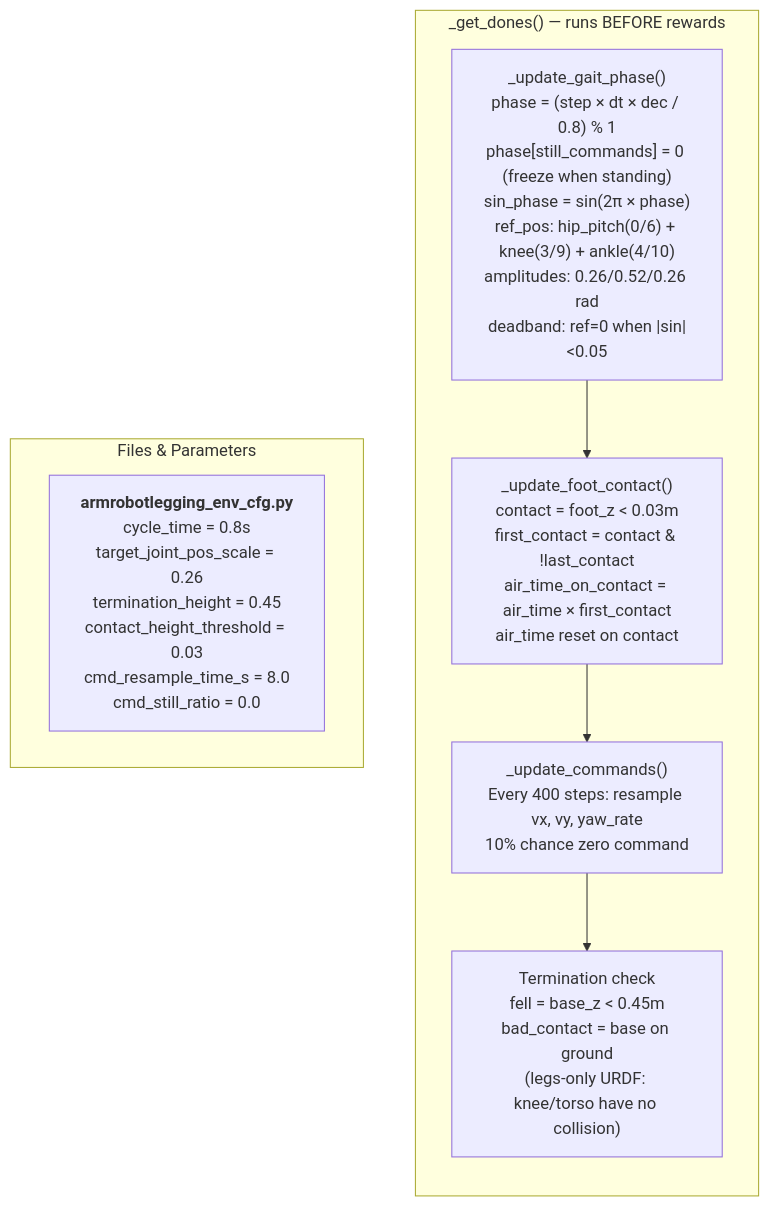
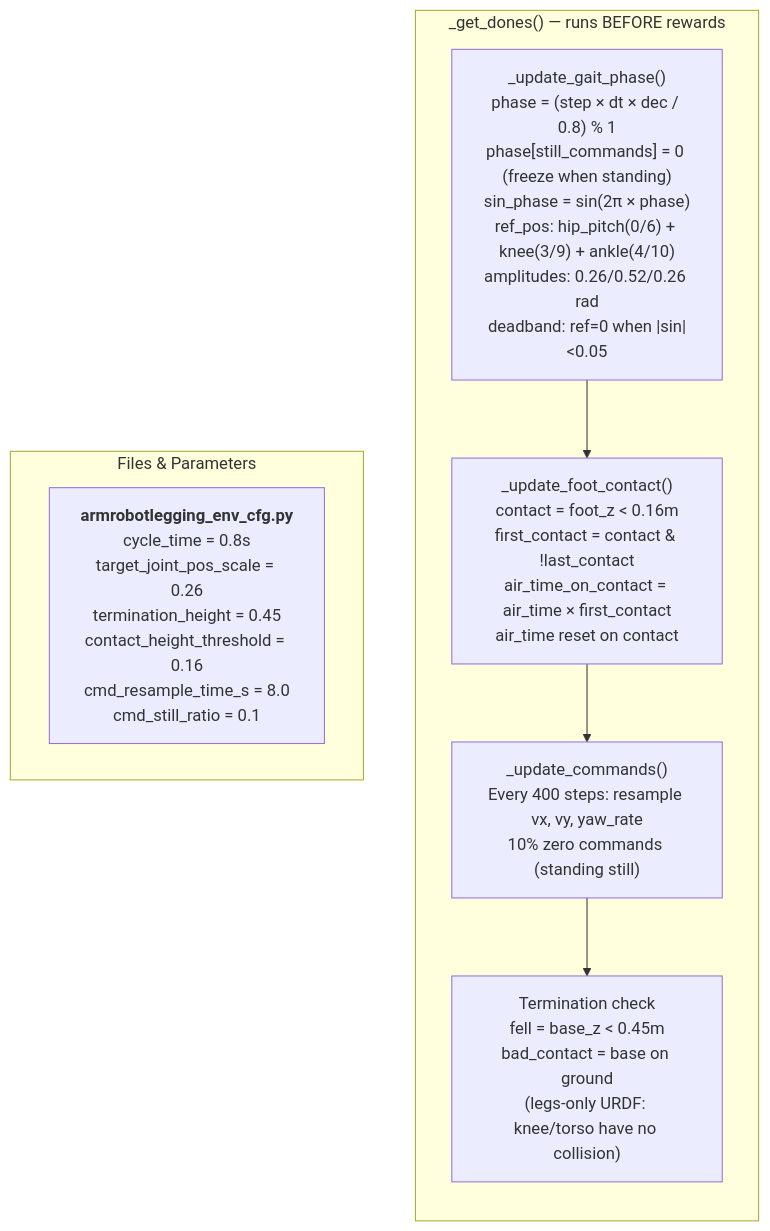
Before and after one commit to armmarov/armrobot: the fourth of 8 diagrams in docs/TRAINING_FLOW.md, drawn with Mermaid. The commit also changed other lines of this file and 3 other files, not shown here.

````diff
--- a/docs/TRAINING_FLOW.md
+++ b/docs/TRAINING_FLOW.md
@@ -94,15 +94,15 @@
 ```mermaid
 flowchart TB
     subgraph DONES["_get_dones() — runs BEFORE rewards"]
         direction TB
         GP["_update_gait_phase()<br/>phase = (step × dt × dec / 0.8) % 1<br/>phase[still_commands] = 0 (freeze when standing)<br/>sin_phase = sin(2π × phase)<br/>ref_pos: hip_pitch(0/6) + knee(3/9) + ankle(4/10)<br/>amplitudes: 0.26/0.52/0.26 rad<br/>deadband: ref=0 when |sin|<0.05"]
-        FC["_update_foot_contact()<br/>contact = foot_z < 0.03m<br/>first_contact = contact & !last_contact<br/>air_time_on_contact = air_time × first_contact<br/>air_time reset on contact"]
-        CMD["_update_commands()<br/>Every 400 steps: resample vx, vy, yaw_rate<br/>10% chance zero command"]
+        FC["_update_foot_contact()<br/>contact = foot_z < 0.16m<br/>first_contact = contact & !last_contact<br/>air_time_on_contact = air_time × first_contact<br/>air_time reset on contact"]
+        CMD["_update_commands()<br/>Every 400 steps: resample vx, vy, yaw_rate<br/>10% zero commands (standing still)"]
         TERM["Termination check<br/>fell = base_z < 0.45m<br/>bad_contact = base on ground<br/>(legs-only URDF: knee/torso have no collision)"]
         GP --> FC --> CMD --> TERM
     end
 
     subgraph FILES3["Files & Parameters"]
-        F3["<b>armrobotlegging_env_cfg.py</b><br/>cycle_time = 0.8s<br/>target_joint_pos_scale = 0.26<br/>termination_height = 0.45<br/>contact_height_threshold = 0.03<br/>cmd_resample_time_s = 8.0<br/>cmd_still_ratio = 0.0"]
+        F3["<b>armrobotlegging_env_cfg.py</b><br/>cycle_time = 0.8s<br/>target_joint_pos_scale = 0.26<br/>termination_height = 0.45<br/>contact_height_threshold = 0.16<br/>cmd_resample_time_s = 8.0<br/>cmd_still_ratio = 0.1"]
     end
 ```
````
